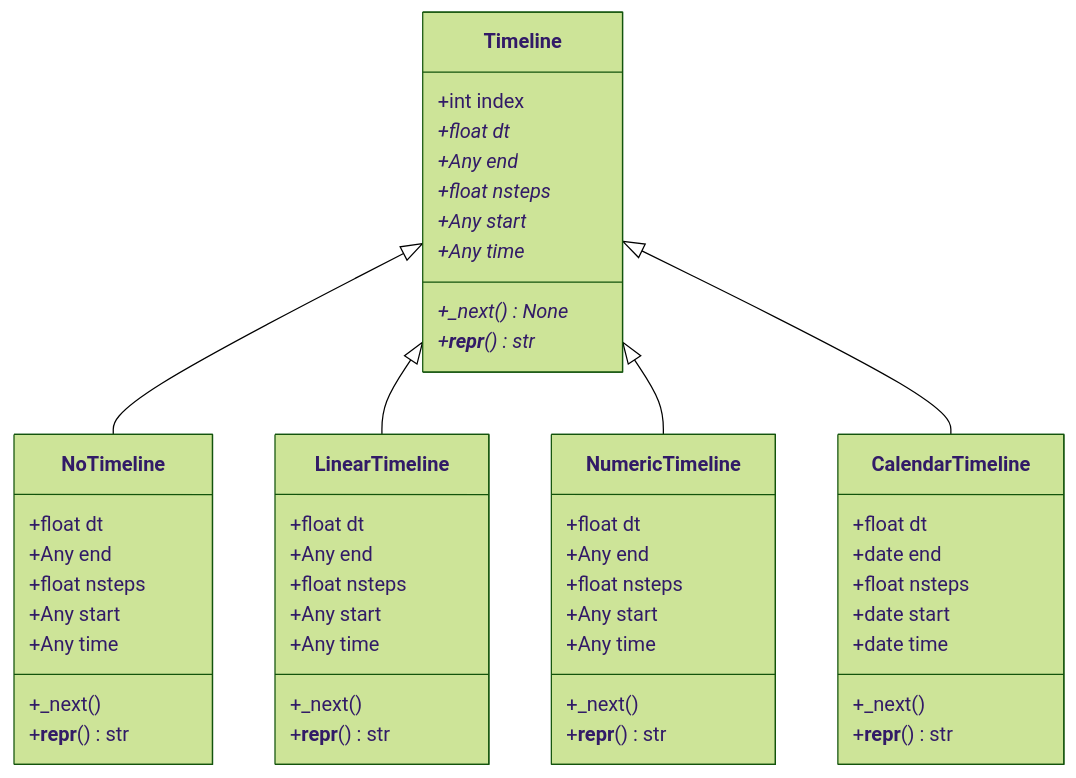
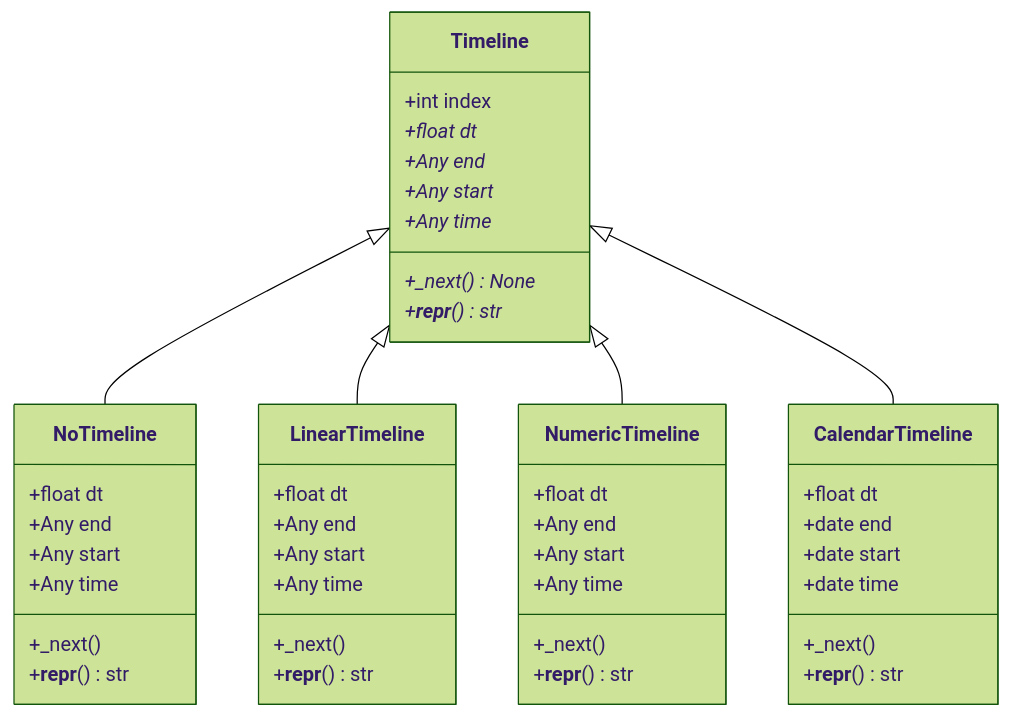
The diagram in docs/overview.md (virgesmith/neworder), drawn with Mermaid (forest theme) before and after one commit. The commit also changed other lines of this file and 1 other file, not shown here.

Commit message:
update dep/doc

````diff
--- a/docs/overview.md
+++ b/docs/overview.md
@@ -40,58 +40,53 @@
 ``` mermaid
 classDiagram
   Timeline <|-- NoTimeline
   Timeline <|-- LinearTimeline
   Timeline <|-- NumericTimeline
   Timeline <|-- CalendarTimeline
 
   class Timeline {
     +int index
     +float dt*
     +Any end*
-    +float nsteps*
     +Any start*
     +Any time*
     +_next() None*
     +__repr__() str*
   }
 
   class NoTimeline {
     +float dt
     +Any end
-    +float nsteps
     +Any start
     +Any time
     +_next()
     +__repr__() str
   }
 
   class LinearTimeline {
     +float dt
     +Any end
-    +float nsteps
     +Any start
     +Any time
     +_next()
     +__repr__() str
   }
 
   class NumericTimeline {
     +float dt
     +Any end
-    +float nsteps
     +Any start
     +Any time
     +_next()
     +__repr__() str
   }
 
   class CalendarTimeline {
     +float dt
     +date end
-    +float nsteps
     +date start
     +date time
     +_next()
     +__repr__() str
   }
 ```
````
